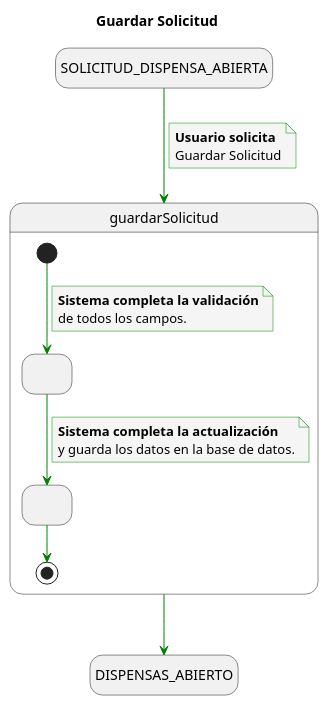
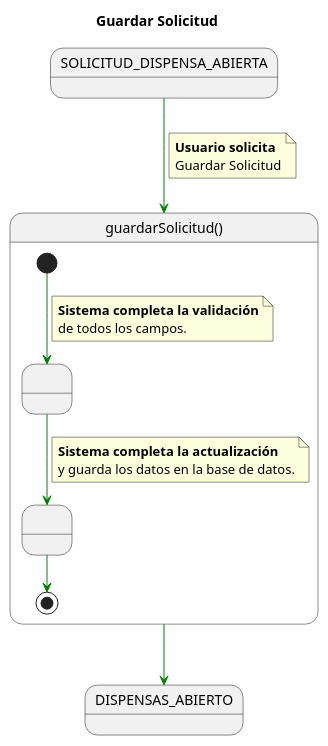
Before and after one commit to enmabry/25-26-IdSw1-SdR: the diagram in documents/CasosDeUso/DetalladoCasosDeUso/Secretaria/guardarSolicitud.puml, drawn with PlantUML. The commit also changed 21 other files, not shown here.

```diff
--- a/documents/CasosDeUso/DetalladoCasosDeUso/Secretaria/guardarSolicitud.puml
+++ b/documents/CasosDeUso/DetalladoCasosDeUso/Secretaria/guardarSolicitud.puml
@@ -1,46 +1,39 @@
 @startuml
 title Guardar Solicitud
 
-skinparam {
-    NoteBackgroundColor #whiteSmoke
-    ArrowColor #green
-    NoteBorderColor #green
-    linetype polyline
-}
-
-hide empty description
+skinparam linetype polyline
 
 state startState as "SOLICITUD_DISPENSA_ABIERTA"
 state endState as "DISPENSAS_ABIERTO"
 
-startState --> guardarSolicitud
+startState -[#green]-> guardarSolicitud
 note on link
     <b>Usuario solicita</b>
     Guardar Solicitud
 end note
 
-state guardarSolicitud {
+state guardarSolicitud as "guardarSolicitud()" {
     state ValidacionCompleta as " "
     state PersistirDatos as " "
 
     ' 1. Inicio: Validacion Final
-    [*] --> ValidacionCompleta
+    [*] -[#green]-> ValidacionCompleta
     note on link
         <b>Sistema completa la validación</b>
         de todos los campos.
     end note
     
     ' 2. Persistencia de Datos
-    ValidacionCompleta --> PersistirDatos
+    ValidacionCompleta -[#green]-> PersistirDatos
     note on link
         <b>Sistema completa la actualización</b>
         y guarda los datos en la base de datos.
     end note
 
     ' 3. Fin: El caso de uso interno finaliza
-    PersistirDatos --> [*]
+    PersistirDatos -[#green]-> [*]
 }
 
-guardarSolicitud --> endState
+guardarSolicitud -[#green]-> endState
 
 @enduml
```
